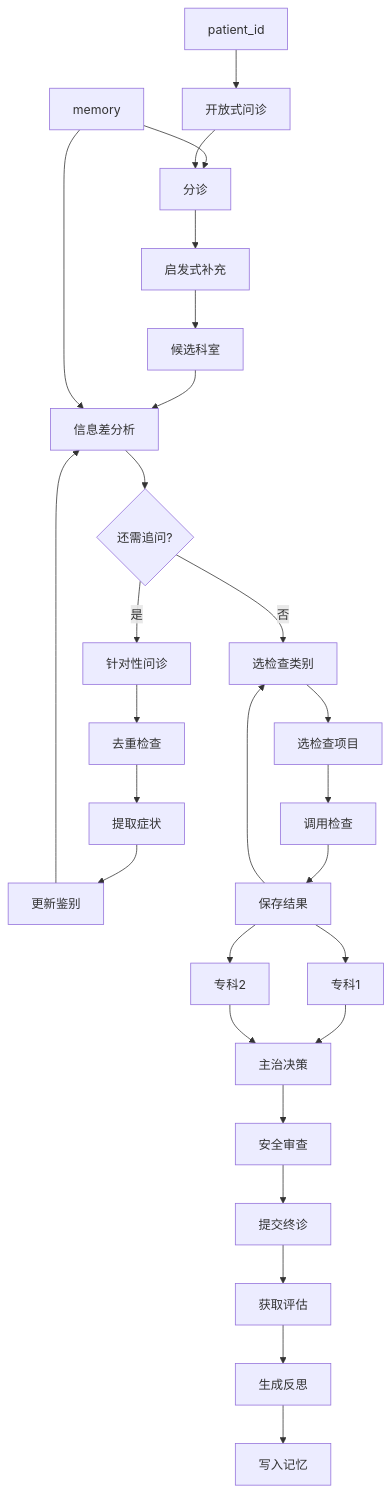
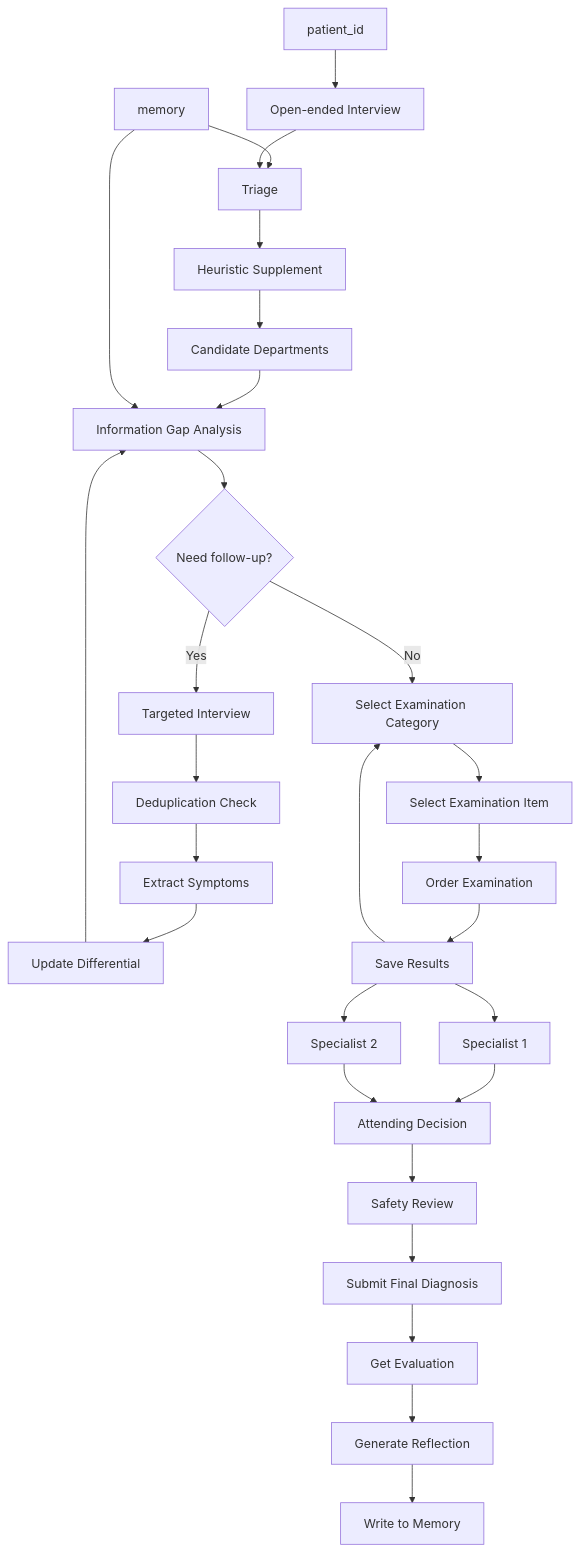
Before and after one commit to G1en-114/yixiao: the fifth of 6 diagrams in docs_architecture.md, drawn with Mermaid. The commit also changed other lines of this file and 90 other files, not shown here.

````diff
--- a/docs_architecture.md
+++ b/docs_architecture.md
@@ -147,34 +146,34 @@
 ```mermaid
 flowchart TB
-    PID["patient_id"] --> Q1["开放式问诊"]
-    MEM["memory"] --> T1["分诊"]
+    PID["patient_id"] --> Q1["Open-ended Interview"]
+    MEM["memory"] --> T1["Triage"]
     Q1 --> T1
-    T1 --> H1["启发式补充"]
-    H1 --> C1["候选科室"]
-    C1 --> G1["信息差分析"]
+    T1 --> H1["Heuristic Supplement"]
+    H1 --> C1["Candidate Departments"]
+    C1 --> G1["Information Gap Analysis"]
     MEM --> G1
     
-    G1 --> G2{"还需追问?"}
-    G2 -- "是" --> G3["针对性问诊"]
-    G3 --> G4["去重检查"]
-    G4 --> G5["提取症状"]
-    G5 --> G6["更新鉴别"]
+    G1 --> G2{"Need follow-up?"}
+    G2 -- "Yes" --> G3["Targeted Interview"]
+    G3 --> G4["Deduplication Check"]
+    G4 --> G5["Extract Symptoms"]
+    G5 --> G6["Update Differential"]
     G6 --> G1
     
-    G2 -- "否" --> E1["选检查类别"]
-    E1 --> E2["选检查项目"]
-    E2 --> E3["调用检查"]
-    E3 --> E4["保存结果"]
+    G2 -- "No" --> E1["Select Examination Category"]
+    E1 --> E2["Select Examination Item"]
+    E2 --> E3["Order Examination"]
+    E3 --> E4["Save Results"]
     E4 --> E1
     
-    E4 --> P1["专科1"]
-    E4 --> P2["专科2"]
-    P1 --> P3["主治决策"]
+    E4 --> P1["Specialist 1"]
+    E4 --> P2["Specialist 2"]
+    P1 --> P3["Attending Decision"]
     P2 --> P3
-    P3 --> P4["安全审查"]
-    P4 --> P5["提交终诊"]
+    P3 --> P4["Safety Review"]
+    P4 --> P5["Submit Final Diagnosis"]
     
-    P5 --> R1["获取评估"]
-    R1 --> R2["生成反思"]
-    R2 --> R3["写入记忆"]
+    P5 --> R1["Get Evaluation"]
+    R1 --> R2["Generate Reflection"]
+    R2 --> R3["Write to Memory"]
 ```
````
